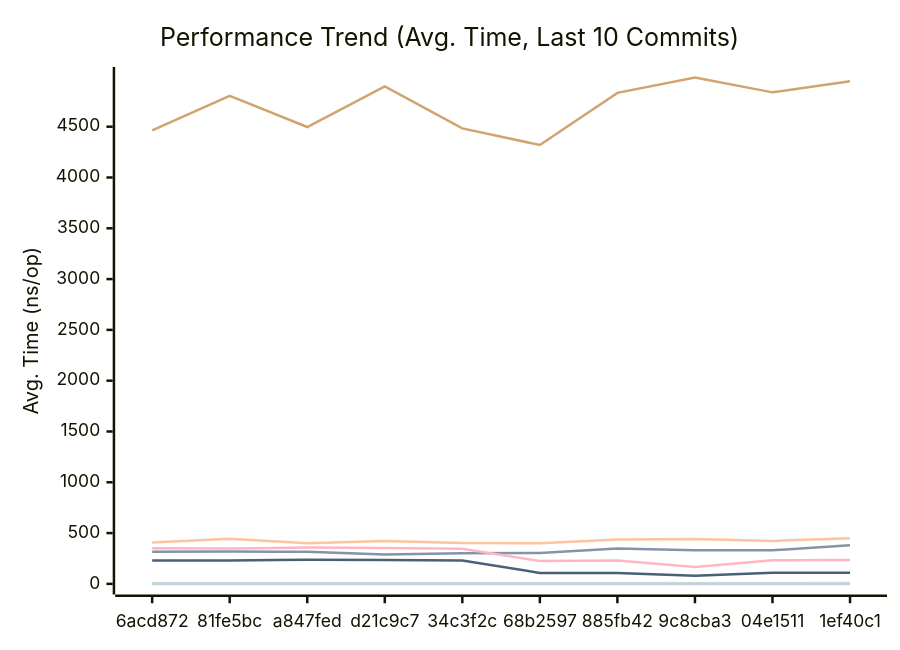
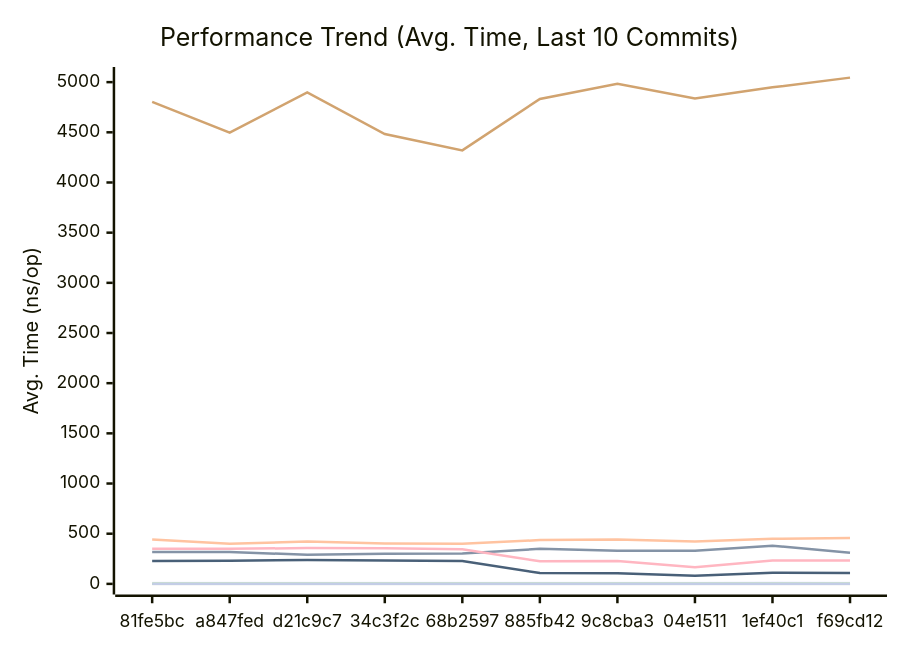
Before and after one commit to alsotoes/momo: the first of 3 diagrams in docs/PERFORMANCE.md, drawn with Mermaid. The commit also changed other lines of this file and 2 other files, not shown here.

````diff
--- a/docs/PERFORMANCE.md
+++ b/docs/PERFORMANCE.md
@@ -80,16 +80,16 @@
 ```mermaid
 xychart-beta
     title "Performance Trend (Avg. Time, Last 10 Commits)"
     x-axis "Commit"
     y-axis "Avg. Time (ns/op)"
-    x-axis [6acd872,81fe5bc,a847fed,d21c9c7,34c3f2c,68b2597,885fb42,9c8cba3,04e1511,1ef40c1]
-    line "CheckMetricsAndSwap" [8,9,8,9,9,8,9,9,8,12]
-    line "CrushOptimized" [315,318,317,290,301,303,349,330,331,380]
-    line "CrushOriginal" [408,443,400,422,402,399,436,442,423,449]
+    x-axis [81fe5bc,a847fed,d21c9c7,34c3f2c,68b2597,885fb42,9c8cba3,04e1511,1ef40c1,f69cd12]
+    line "CheckMetricsAndSwap" [9,8,9,9,8,9,9,8,12,9]
+    line "CrushOptimized" [318,317,290,301,303,349,330,331,380,310]
+    line "CrushOriginal" [443,400,422,402,399,436,442,423,449,456]
     line "IndexDirectTracking" [0,0,0,0,0,0,0,0,0,0]
-    line "IndexSearch" [2,2,2,2,2,1,2,2,2,2]
-    line "LoadGlobalConfig" [4463,4804,4497,4897,4483,4320,4833,4983,4838,4948]
+    line "IndexSearch" [2,2,2,2,1,2,2,2,2,2]
+    line "LoadGlobalConfig" [4804,4497,4897,4483,4320,4833,4983,4838,4948,5045]
     line "PadString" [2,2,2,2,2,2,2,2,2,2]
     line "ParseReplicationOrder_NoPrealloc" [350,349,357,354,345,225,229,165,232,234]
     line "ParseReplicationOrder_Prealloc" [229,231,237,234,229,108,107,80,110,109]
 ```
````
